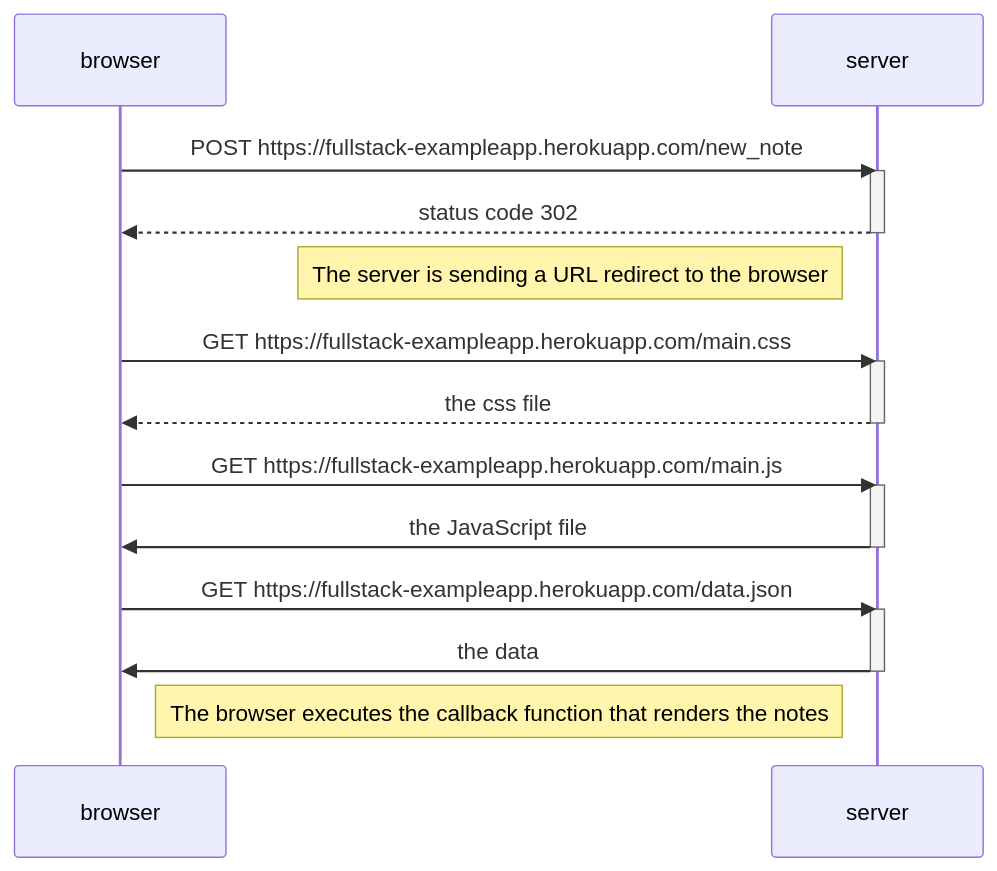
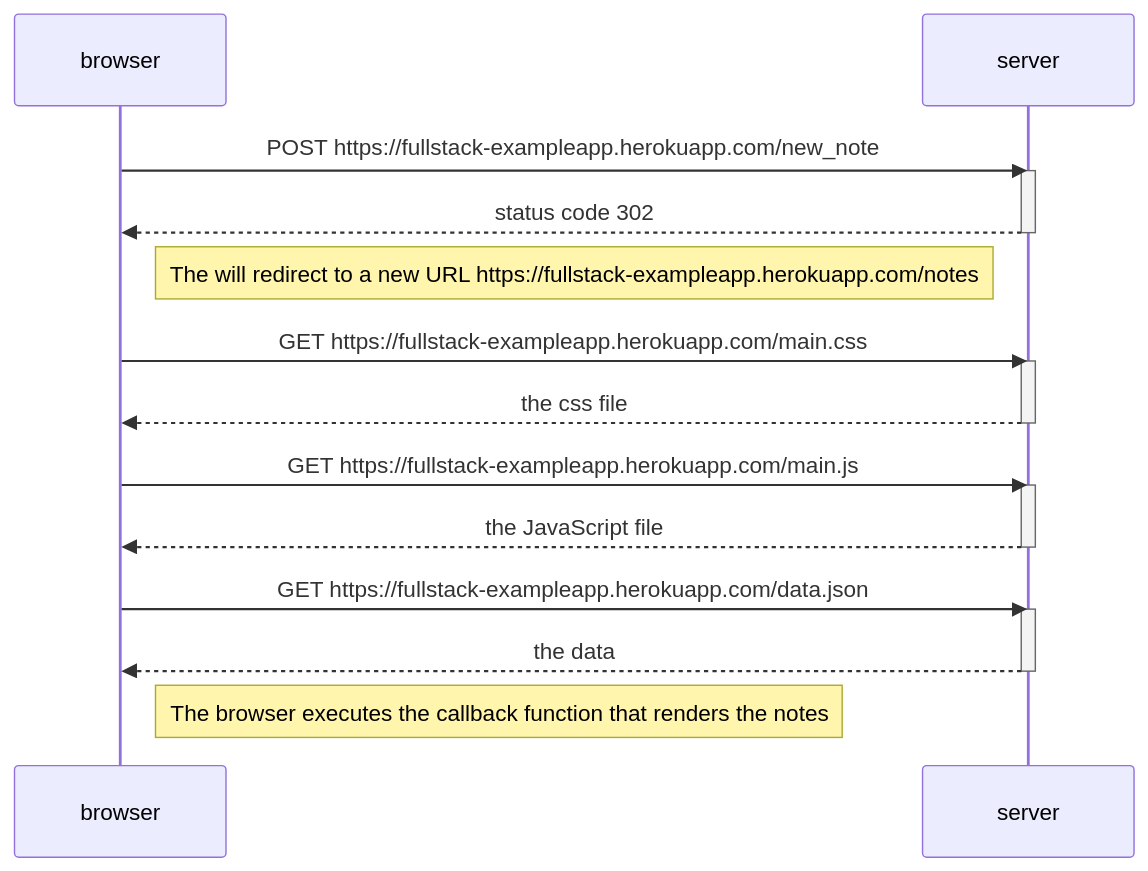
Before and after one commit to theordinarylemon/fullstackopencourse: the first of 3 diagrams in part0/part0.md, drawn with Mermaid. The commit also changed other lines of this file, not shown here.

````diff
--- a/part0/part0.md
+++ b/part0/part0.md
@@ -2,28 +2,29 @@
 ```mermaid
+%%0.4: new note diagram
+
 sequenceDiagram
     participant browser
     participant server
     browser->>server: POST https://fullstack-exampleapp.herokuapp.com/new_note
     activate server
     server-->>browser: status code 302
     deactivate server
 
-    Note left of server: The server is sending a URL redirect to the browser
-
+    Note left of server: The will redirect to a new URL https://fullstack-exampleapp.herokuapp.com/notes
     browser->>server: GET https://fullstack-exampleapp.herokuapp.com/main.css
     activate server
     server-->>browser: the css file
     deactivate server
 
     browser->>server: GET https://fullstack-exampleapp.herokuapp.com/main.js  
     activate server
-    server->>browser: the JavaScript file
+    server-->>browser: the JavaScript file
     deactivate server
 
     browser->>server: GET https://fullstack-exampleapp.herokuapp.com/data.json 
     activate server
-    server->>browser: the data
+    server-->>browser: the data
     deactivate server
 
     Note right of browser: The browser executes the callback function that renders the notes
 ```
````
